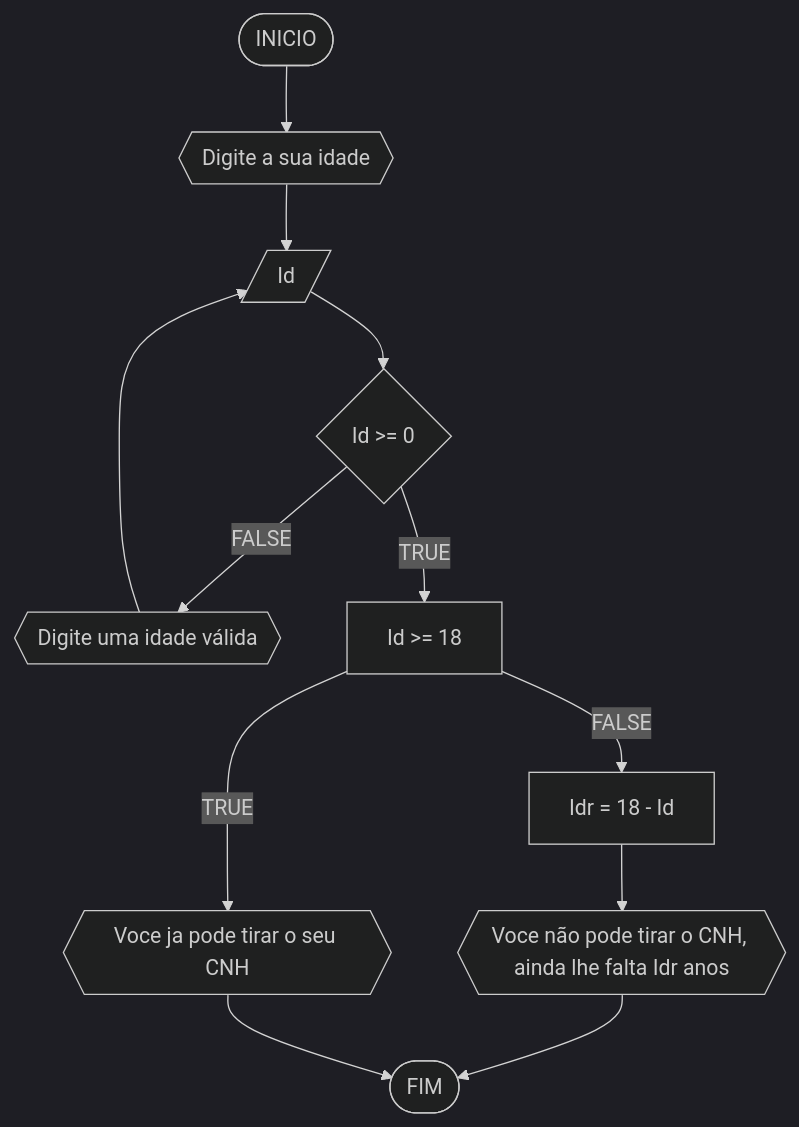
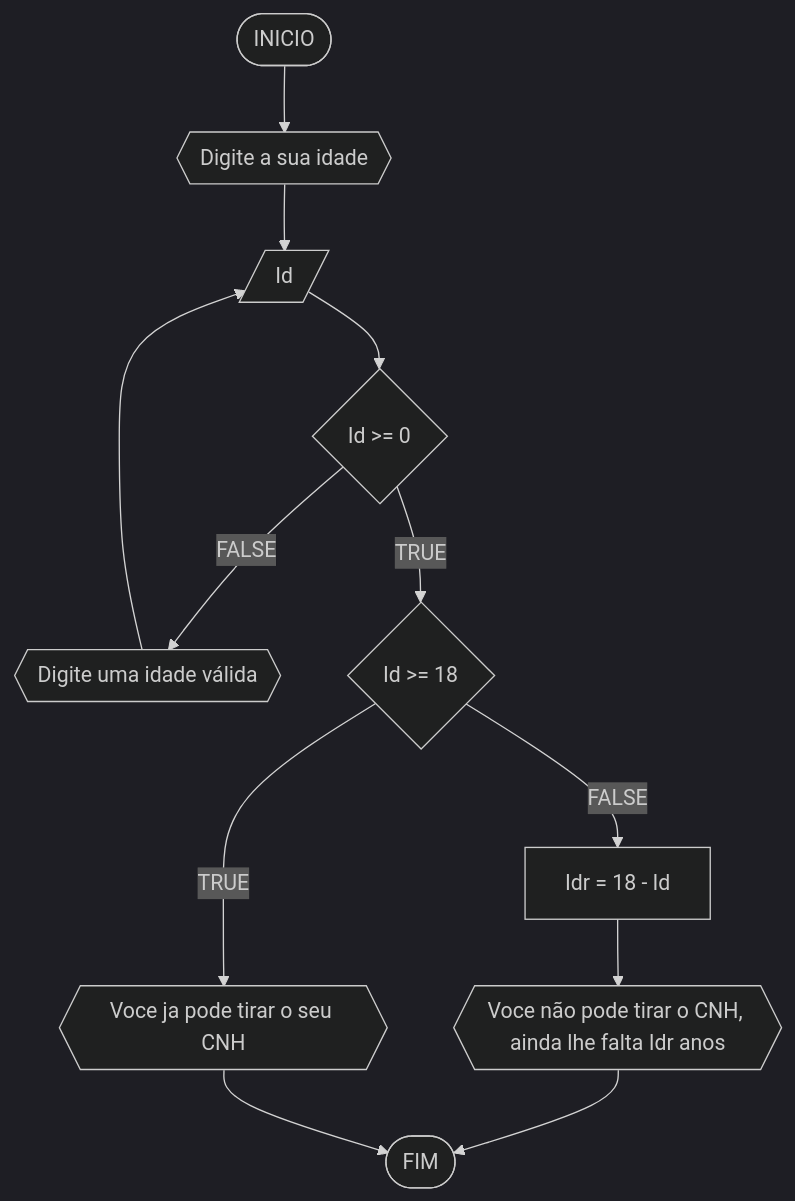
One commit to Px1906/unifor changed the fourth of 4 diagrams in RLA/Lista1.md. Above: the diagram before and after it, drawn with Mermaid (dark theme).

Commit message:
Update Lista1.md
EXERCICIO 4

````diff
--- a/RLA/Lista1.md
+++ b/RLA/Lista1.md
@@ -160,14 +160,14 @@
 ```mermaid
 flowchart TD
 A([INICIO]) --> B{{Digite a sua idade}}
 B --> C[/Id/]
 C --> D{Id >= 0}
 D --FALSE--> E{{Digite uma idade válida}}
 E --> C
-D --TRUE--> F[Id >= 18]
+D --TRUE--> F{Id >= 18}
 F --FALSE--> G[Idr = 18 - Id]
 G --> H{{Voce não pode tirar o CNH, ainda lhe falta Idr anos}}
 F --TRUE--> I{{Voce ja pode tirar o seu CNH}}
 H --> Z([FIM])
 I --> Z
 ```
````
